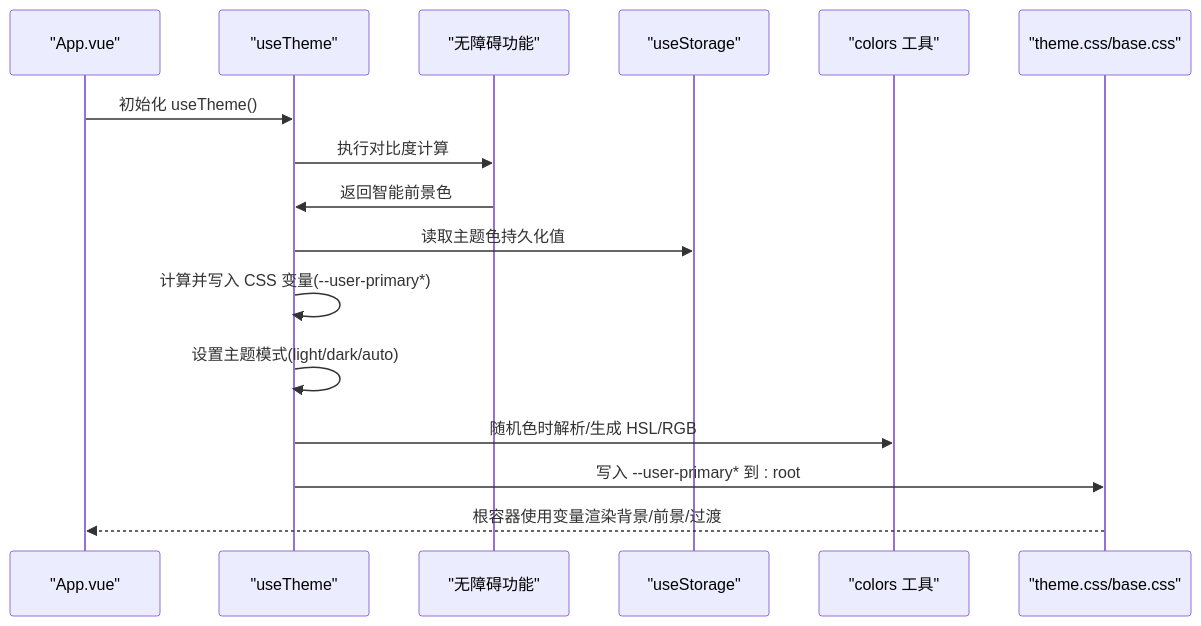
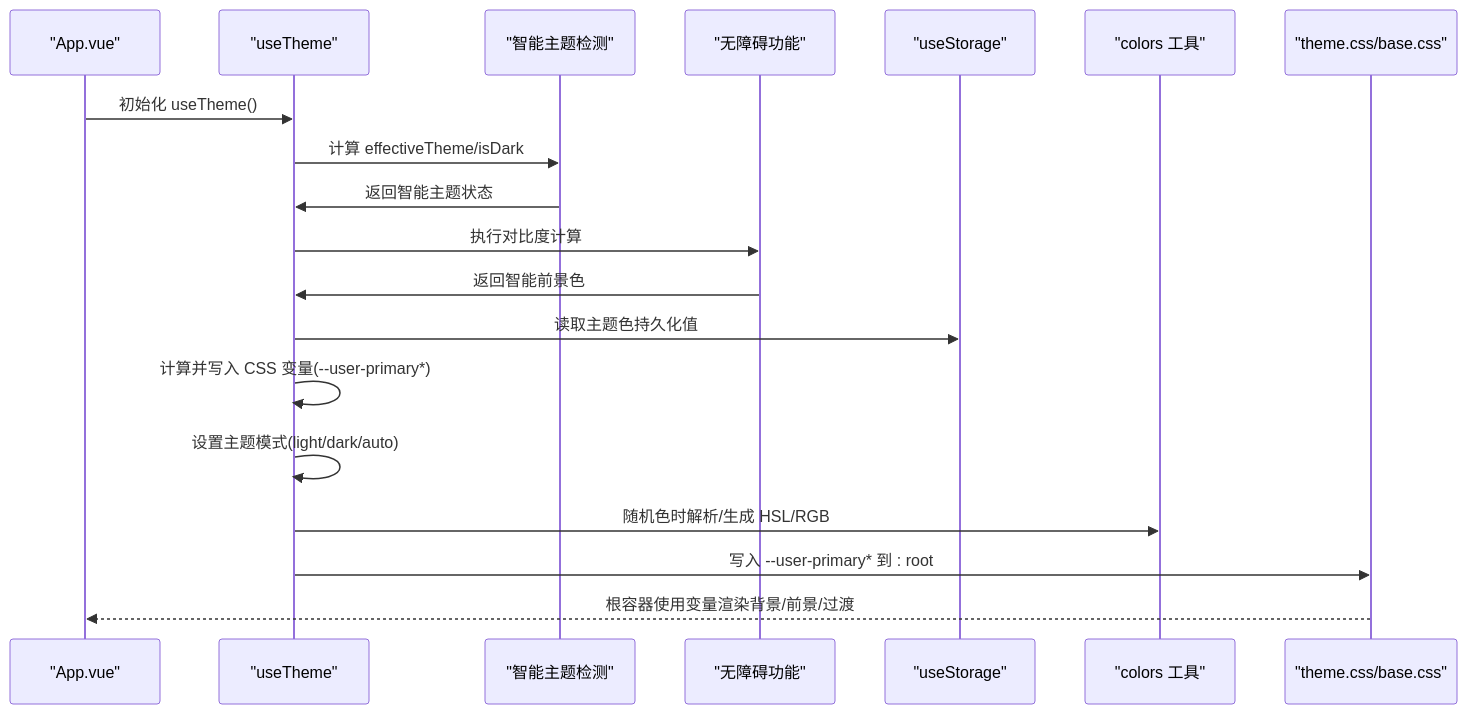
The second of 7 diagrams in .qoder/repowiki/zh/content/前端开发/UI组件库/主题系统.md (xixixiaoyu/Todo), drawn with Mermaid before and after one commit. The commit also changed other lines of this file and 6 other files, not shown here.

````diff
--- a/.qoder/repowiki/zh/content/前端开发/UI组件库/主题系统.md
+++ b/.qoder/repowiki/zh/content/前端开发/UI组件库/主题系统.md
@@ -116,18 +134,21 @@
 ```mermaid
 sequenceDiagram
 participant App as "App.vue"
 participant Theme as "useTheme"
+participant Detect as "智能主题检测"
 participant Access as "无障碍功能"
 participant Storage as "useStorage"
 participant Color as "colors 工具"
 participant CSS as "theme.css/base.css"
 App->>Theme : 初始化 useTheme()
+Theme->>Detect : 计算 effectiveTheme/isDark
+Detect->>Theme : 返回智能主题状态
 Theme->>Access : 执行对比度计算
 Access->>Theme : 返回智能前景色
 Theme->>Storage : 读取主题色持久化值
 Theme->>Theme : 计算并写入 CSS 变量(--user-primary*)
 Theme->>Theme : 设置主题模式(light/dark/auto)
 Theme->>Color : 随机色时解析/生成 HSL/RGB
 Theme->>CSS : 写入 --user-primary* 到 : root
 CSS-->>App : 根容器使用变量渲染背景/前景/过渡
 ```
````
